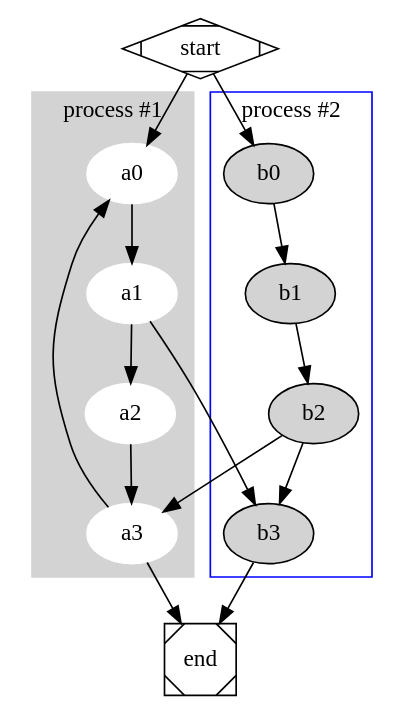
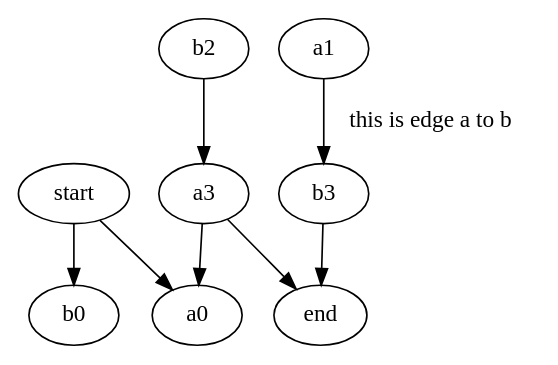
Before and after one commit to LauZyHou/ReDO-server: the diagram in src/main/resources/cluster.gv, drawn with Graphviz. The commit also changed 6 other files, not shown here.

```diff
--- a/src/main/resources/cluster.gv
+++ b/src/main/resources/cluster.gv
@@ -1,28 +1,11 @@
 digraph {
-	subgraph cluster_0 {
-		node [color=white style=filled]
-		style=filled
-		color=lightgrey
-		a0 -> a1
-		a1 -> a2
-		a2 -> a3
-		label="process #1"
-	}
-	subgraph cluster_1 {
-		node [style=filled]
-		b0 -> b1
-		b1 -> b2
-		b2 -> b3
-		label="process #2"
-		color=blue
-	}
+
 	start -> a0
 	start -> b0
-	a1 -> b3
+	a1 -> b3 [ label = "this is edge a to b"]
 	b2 -> a3
 	a3 -> a0
 	a3 -> end
 	b3 -> end
-	start [shape=Mdiamond]
-	end [shape=Msquare]
+
 }
```
